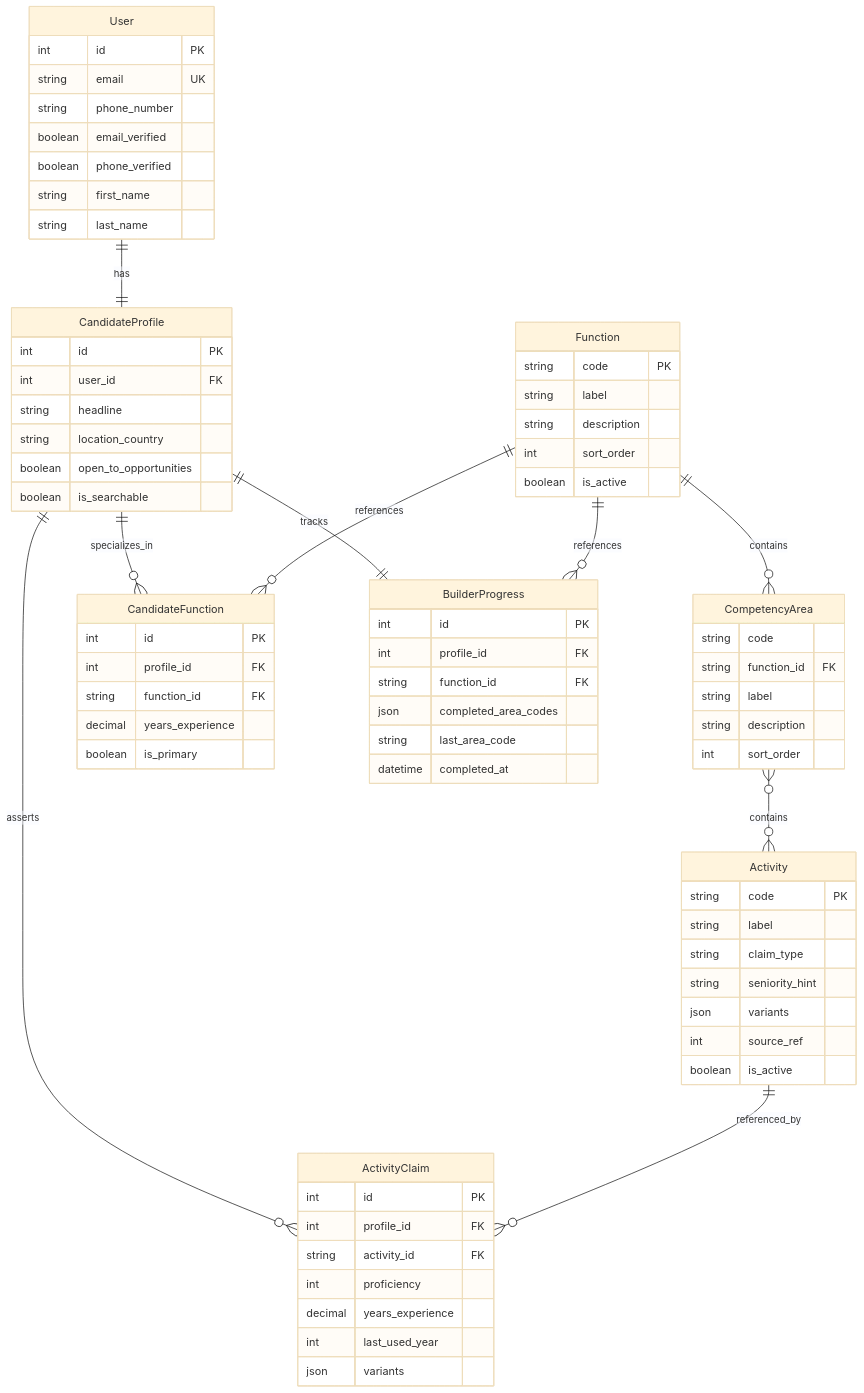
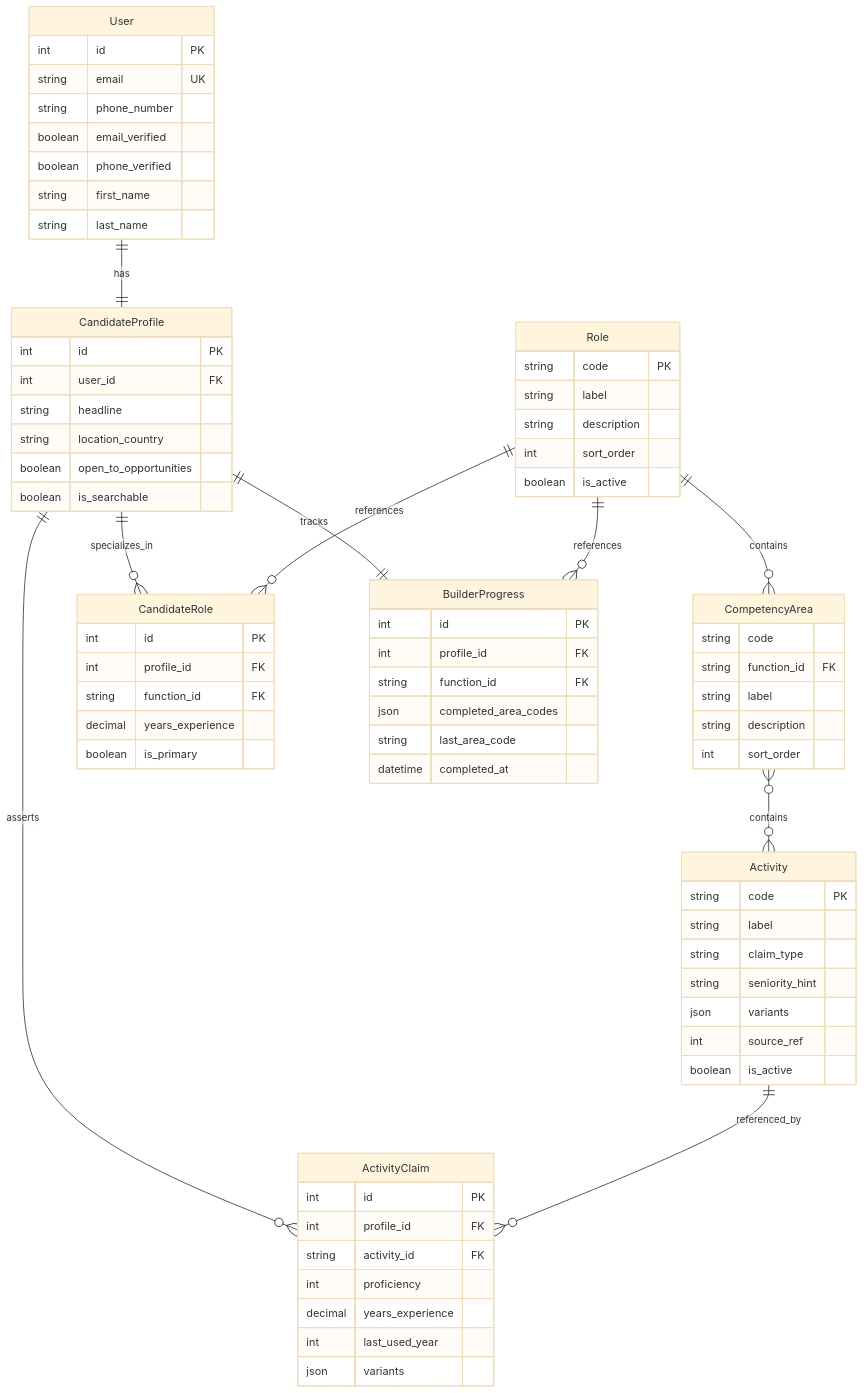
The fifth of 5 diagrams in docs/architecture.md (lucky-singh/hiredright), drawn with Mermaid (base theme) before and after one commit. The commit also changed other lines of this file and 34 other files, not shown here.

Commit message:
Refactor 'Function' to 'Role' globally across frontend, backend, and documentation

```diff
--- a/docs/architecture.md
+++ b/docs/architecture.md
@@ -207,14 +207,14 @@
 erDiagram
     User ||--|| CandidateProfile : has
 
-    Function ||--o{ CompetencyArea : contains
+    Role ||--o{ CompetencyArea : contains
     CompetencyArea }o--o{ Activity : contains
 
-    CandidateProfile ||--o{ CandidateFunction : specializes_in
-    Function ||--o{ CandidateFunction : references
+    CandidateProfile ||--o{ CandidateRole : specializes_in
+    Role ||--o{ CandidateRole : references
 
     CandidateProfile ||--|| BuilderProgress : tracks
-    Function ||--o{ BuilderProgress : references
+    Role ||--o{ BuilderProgress : references
 
     CandidateProfile ||--o{ ActivityClaim : asserts
     Activity ||--o{ ActivityClaim : referenced_by
@@ -229,7 +229,7 @@
         string last_name
     }
 
-    Function {
+    Role {
         string code PK
         string label
         string description
@@ -264,7 +264,7 @@
         boolean is_searchable
     }
 
-    CandidateFunction {
+    CandidateRole {
         int id PK
         int profile_id FK
         string function_id FK
```
